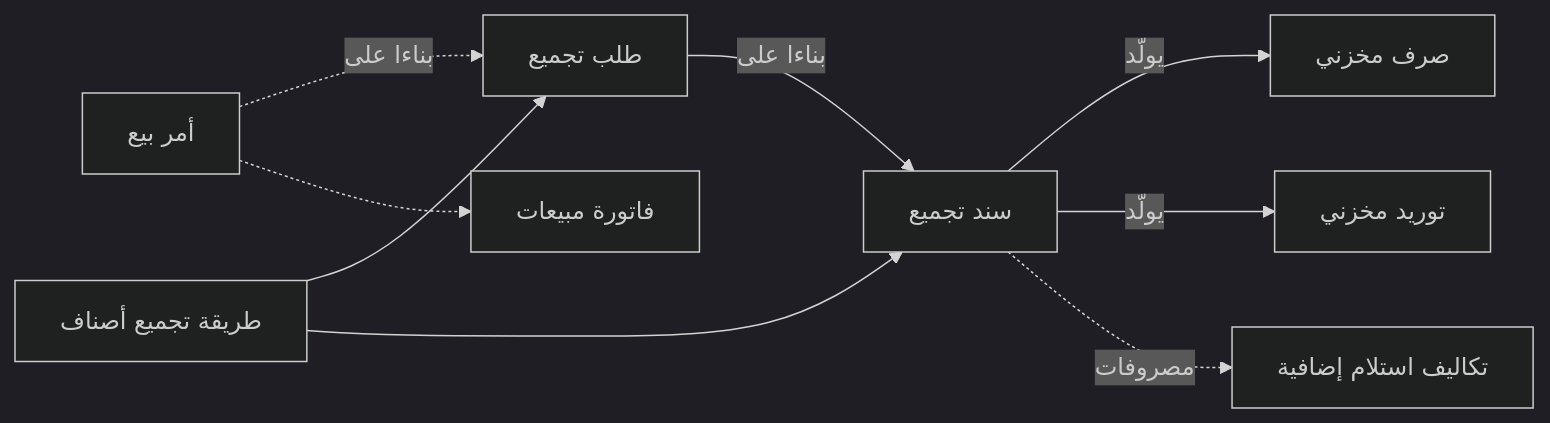
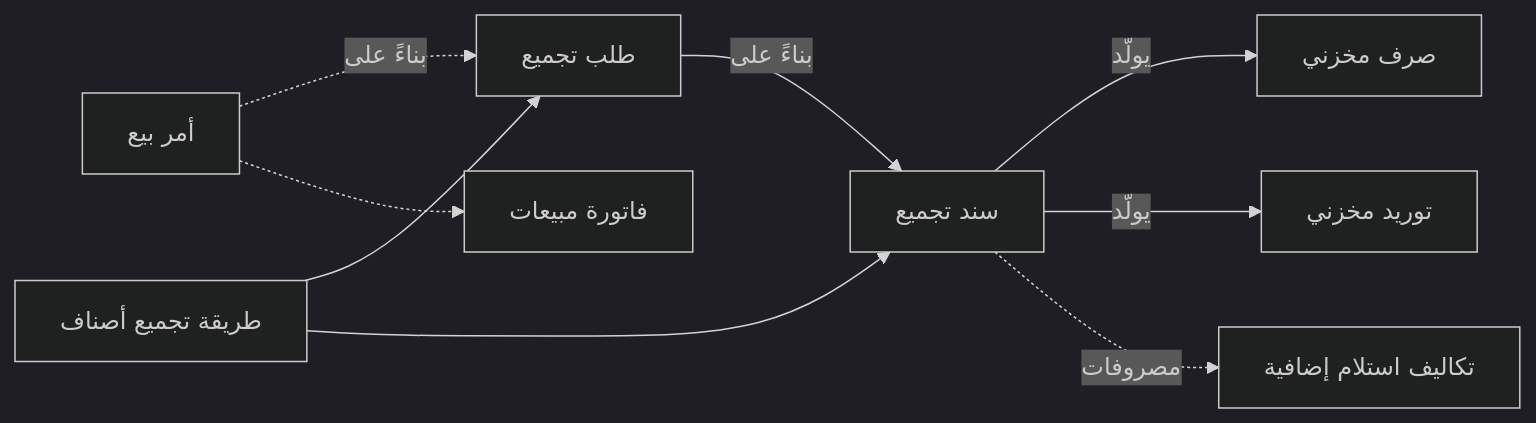
Before and after one commit to namasoft/namaerp-docs: the diagram in docs/ar/business-scenarios/scenario-assembly-production.md, drawn with Mermaid (dark theme). The commit also changed other lines of this file and 1775 other files, not shown here.

````diff
--- a/docs/ar/business-scenarios/scenario-assembly-production.md
+++ b/docs/ar/business-scenarios/scenario-assembly-production.md
@@ -47,11 +47,11 @@
 ```mermaid
 flowchart LR
-    SO[أمر بيع] -.->|بناءا على| R[طلب تجميع]
+    SO[أمر بيع] -.->|بناءً على| R[طلب تجميع]
     B[طريقة تجميع أصناف] --> R
     B --> A[سند تجميع]
-    R -->|بناءا على| A
+    R -->|بناءً على| A
     A -->|يولّد| SI[صرف مخزني]
     A -->|يولّد| SR[توريد مخزني]
     A -.->|مصروفات| AC[تكاليف استلام إضافية]
     SO -.-> INV[فاتورة مبيعات]
 ```
````
